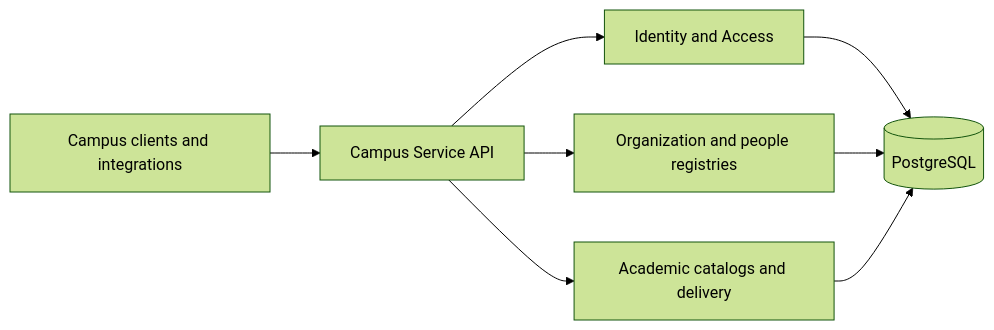
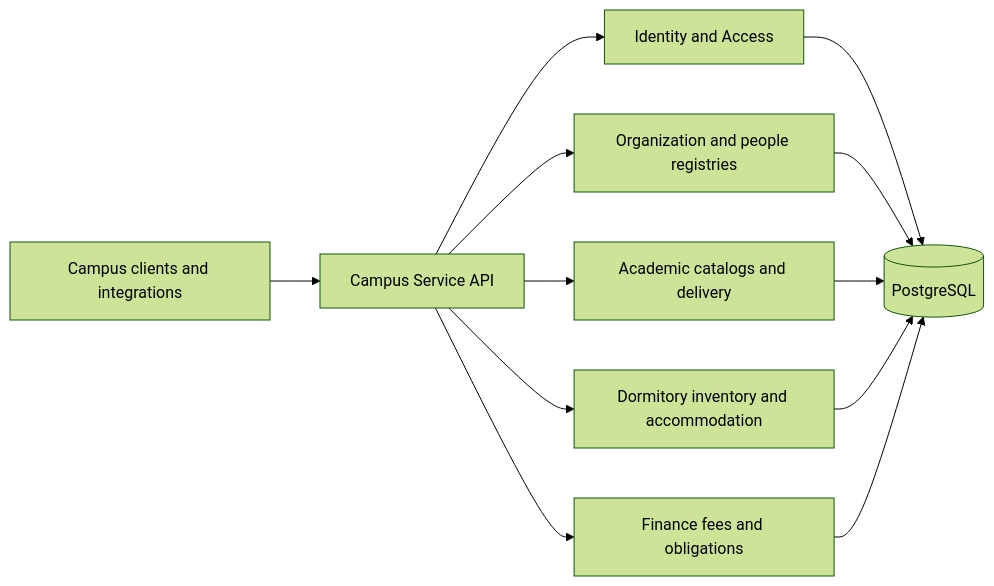
One commit to cdanh11/campus-service changed the first of 2 diagrams in docs/architecture.md. Above: the diagram before and after it, drawn with Mermaid (forest theme). The commit also changed other lines of this file and 10 other files, not shown here.

````diff
--- a/docs/architecture.md
+++ b/docs/architecture.md
@@ -13,10 +13,14 @@
 ```mermaid
 flowchart LR
     Client[Campus clients and integrations] --> API[Campus Service API]
     API --> IAM[Identity and Access]
     API --> Registry[Organization and people registries]
     API --> Academic[Academic catalogs and delivery]
+    API --> Dormitory[Dormitory inventory and accommodation]
+    API --> Finance[Finance fees and obligations]
     IAM --> DB[(PostgreSQL)]
     Registry --> DB
     Academic --> DB
+    Dormitory --> DB
+    Finance --> DB
 ```
````
